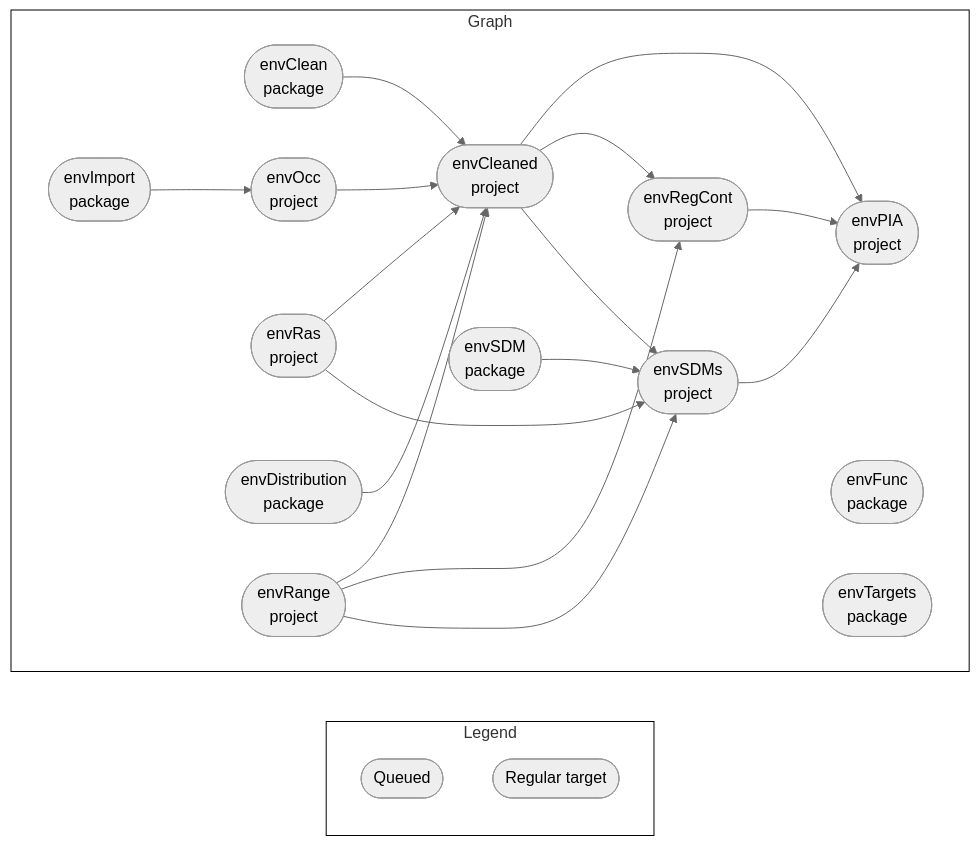
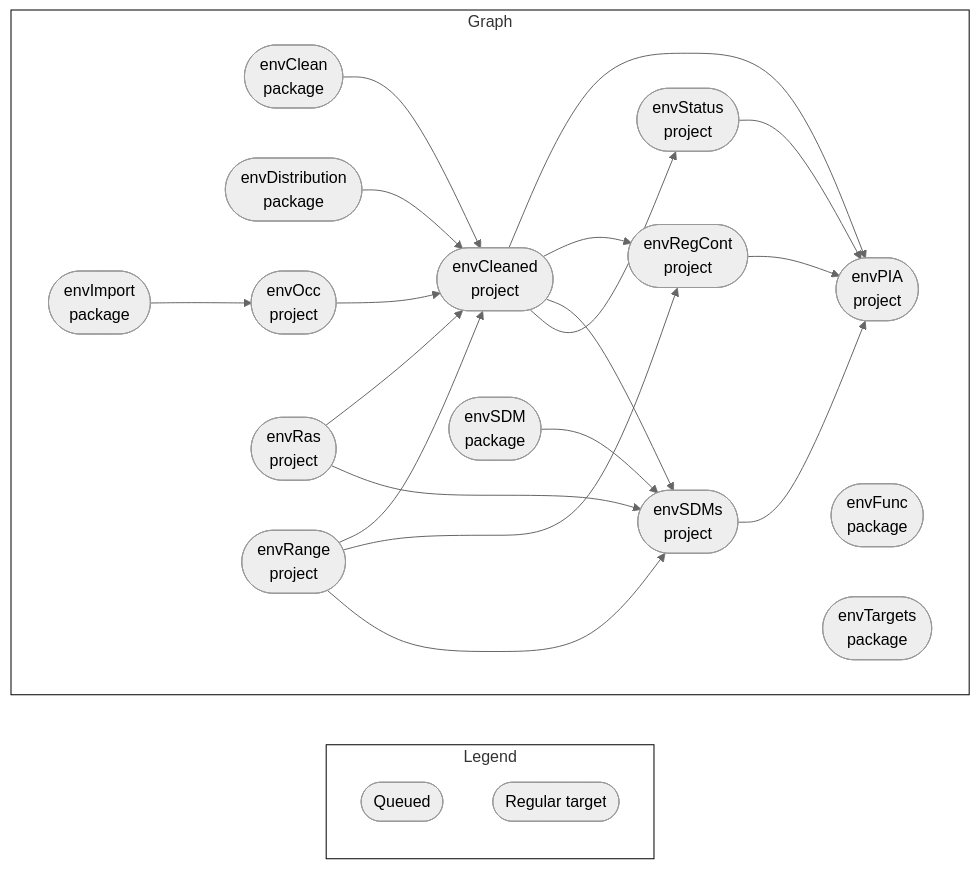
One commit to dew-landscapes/.github changed the diagram in profile/README.md. Above: the diagram before and after it, drawn with Mermaid (neutral theme). The commit also changed other lines of this file and 2 other files, not shown here.

Commit message:
envStatus

````diff
--- a/profile/README.md
+++ b/profile/README.md
@@ -45,29 +45,31 @@
 ``` mermaid
 graph LR
   style Legend fill:#FFFFFF00,stroke:#000000;
   style Graph fill:#FFFFFF00,stroke:#000000;
   subgraph Legend
     xa3883d8216f2b511(["Queued"]):::queued
     xd03d7c7dd2ddda2b(["Regular target"]):::none
   end
   subgraph Graph
     direction LR
     x199e33ac94c360fd(["envClean<br>package"]):::queued --> x4e1f08a5bd05b882(["envCleaned<br>project"]):::queued
+    xb53407deaf8a50f7(["envDistribution<br>package"]):::queued --> x4e1f08a5bd05b882(["envCleaned<br>project"]):::queued
     x9d3addc2d3c28cb0(["envOcc<br>project"]):::queued --> x4e1f08a5bd05b882(["envCleaned<br>project"]):::queued
     x67b5feaf09e4d0ca(["envRas<br>project"]):::queued --> x4e1f08a5bd05b882(["envCleaned<br>project"]):::queued
-    xb53407deaf8a50f7(["envDistribution<br>package"]):::queued --> x4e1f08a5bd05b882(["envCleaned<br>project"]):::queued
     x4f41d9ef8b70ed0e(["envRange<br>project"]):::queued --> x4e1f08a5bd05b882(["envCleaned<br>project"]):::queued
     xa419b1871c902a02(["envImport<br>package"]):::queued --> x9d3addc2d3c28cb0(["envOcc<br>project"]):::queued
     x4e1f08a5bd05b882(["envCleaned<br>project"]):::queued --> x2cb0f2dc918c8a98(["envPIA<br>project"]):::queued
+    xc1054dd4c63b18e0(["envSDMs<br>project"]):::queued --> x2cb0f2dc918c8a98(["envPIA<br>project"]):::queued
+    xf290cd0a0c6ffe34(["envStatus<br>project"]):::queued --> x2cb0f2dc918c8a98(["envPIA<br>project"]):::queued
     x5499a04bf3778295(["envRegCont<br>project"]):::queued --> x2cb0f2dc918c8a98(["envPIA<br>project"]):::queued
-    xc1054dd4c63b18e0(["envSDMs<br>project"]):::queued --> x2cb0f2dc918c8a98(["envPIA<br>project"]):::queued
     x4f41d9ef8b70ed0e(["envRange<br>project"]):::queued --> x5499a04bf3778295(["envRegCont<br>project"]):::queued
     x4e1f08a5bd05b882(["envCleaned<br>project"]):::queued --> x5499a04bf3778295(["envRegCont<br>project"]):::queued
-    x4e1f08a5bd05b882(["envCleaned<br>project"]):::queued --> xc1054dd4c63b18e0(["envSDMs<br>project"]):::queued
     x07cddf360e9b199e(["envSDM<br>package"]):::queued --> xc1054dd4c63b18e0(["envSDMs<br>project"]):::queued
     x67b5feaf09e4d0ca(["envRas<br>project"]):::queued --> xc1054dd4c63b18e0(["envSDMs<br>project"]):::queued
     x4f41d9ef8b70ed0e(["envRange<br>project"]):::queued --> xc1054dd4c63b18e0(["envSDMs<br>project"]):::queued
+    x4e1f08a5bd05b882(["envCleaned<br>project"]):::queued --> xc1054dd4c63b18e0(["envSDMs<br>project"]):::queued
+    x4e1f08a5bd05b882(["envCleaned<br>project"]):::queued --> xf290cd0a0c6ffe34(["envStatus<br>project"]):::queued
     x6832f874a98057bb(["envFunc<br>package"]):::queued
     xb03046fba8fa1b84(["envTargets<br>package"]):::queued
   end
 ```
````
